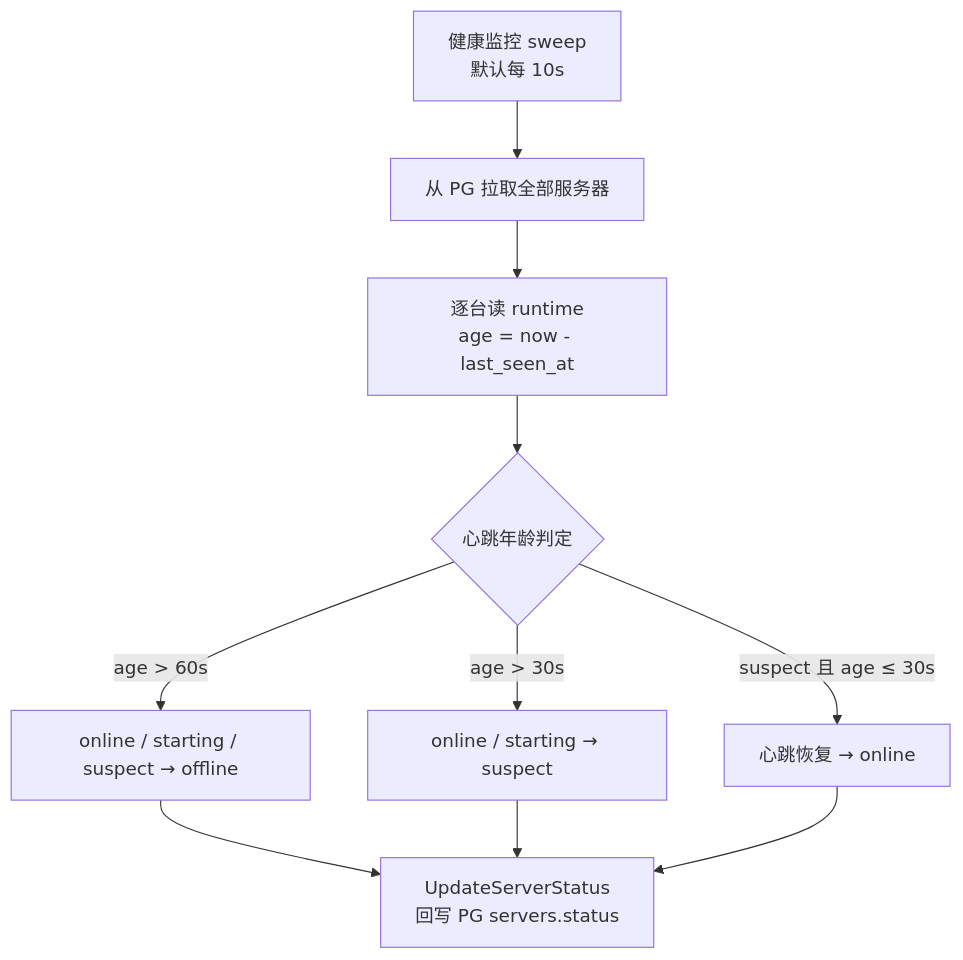
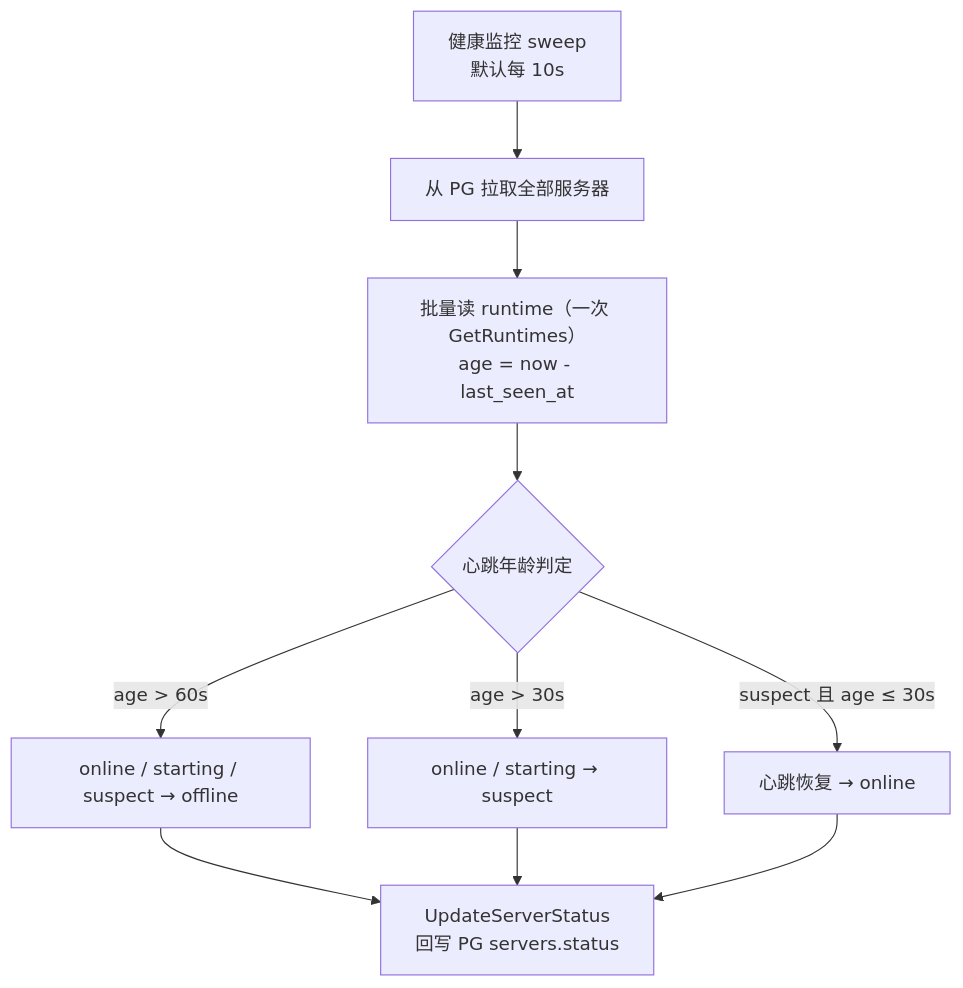
The second of 6 diagrams in docs/data-model.md (cuihairu/atlas), drawn with Mermaid before and after one commit. The commit also changed other lines of this file and 17 other files, not shown here.

````diff
--- a/docs/data-model.md
+++ b/docs/data-model.md
@@ -210,12 +215,12 @@
 ```mermaid
 flowchart TD
     T["健康监控 sweep<br/>默认每 10s"] --> L["从 PG 拉取全部服务器"]
-    L --> R["逐台读 runtime<br/>age = now - last_seen_at"]
+    L --> R["批量读 runtime（一次 GetRuntimes）<br/>age = now - last_seen_at"]
     R --> C{"心跳年龄判定"}
     C -->|"age > 60s"| OFF["online / starting / suspect → offline"]
     C -->|"age > 30s"| SUS["online / starting → suspect"]
     C -->|"suspect 且 age ≤ 30s"| REC["心跳恢复 → online"]
     OFF --> W["UpdateServerStatus<br/>回写 PG servers.status"]
     SUS --> W
     REC --> W
 ```
````
